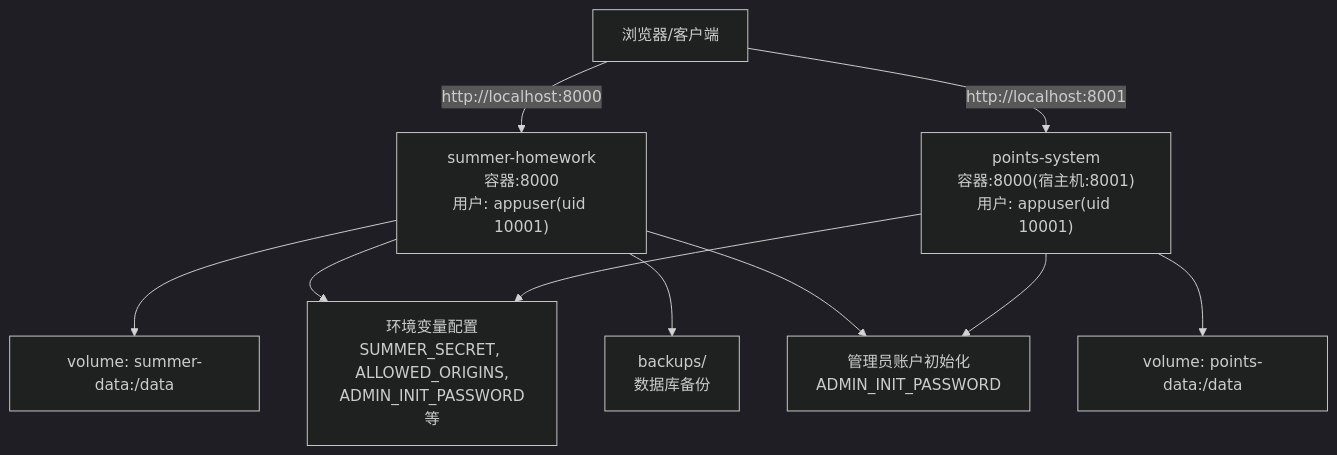
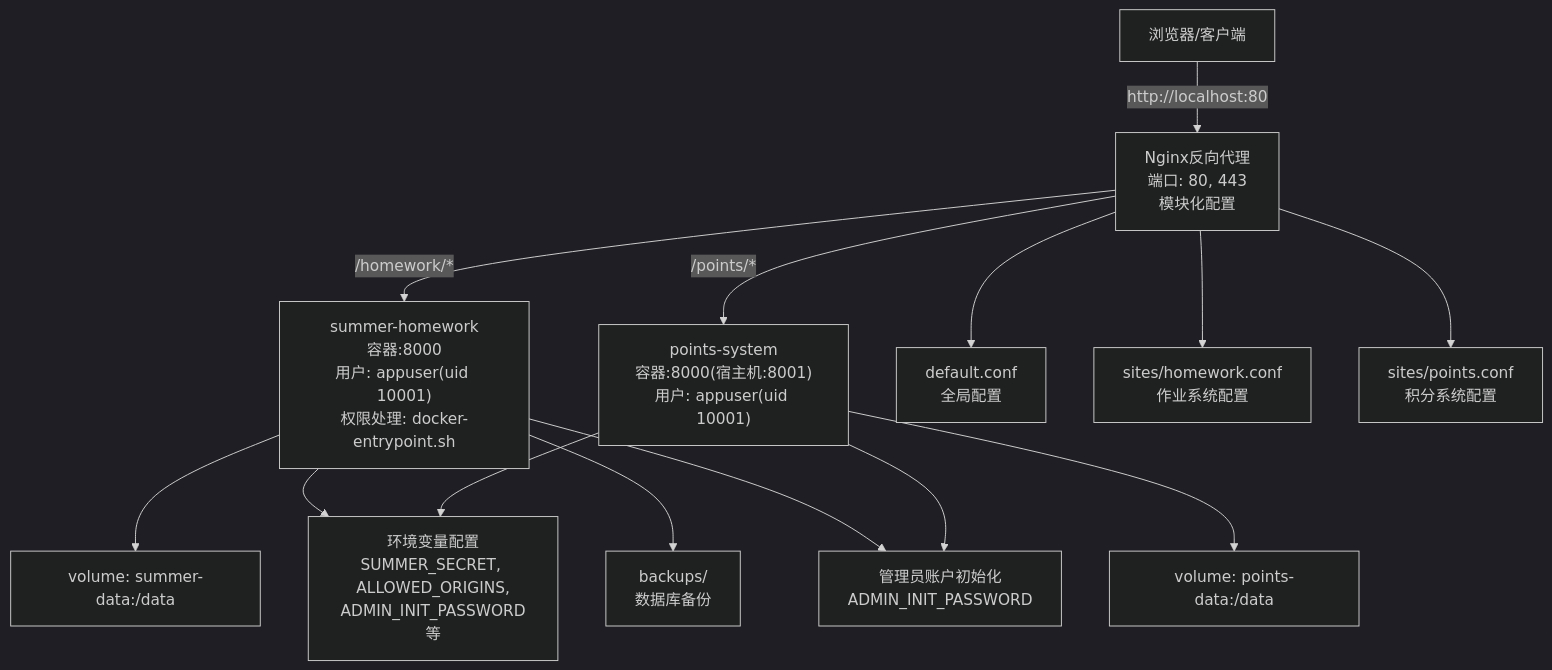
Before and after one commit to onebody/homework: the second of 6 diagrams in .qoder/repowiki/zh/content/部署与运维指南/Docker容器化部署.md, drawn with Mermaid (dark theme). The commit also changed other lines of this file and 6 other files, not shown here.

````diff
--- a/.qoder/repowiki/zh/content/部署与运维指南/Docker容器化部署.md
+++ b/.qoder/repowiki/zh/content/部署与运维指南/Docker容器化部署.md
@@ -154,20 +189,28 @@
 ```mermaid
 graph TB
 Client["浏览器/客户端"]
-SH["summer-homework<br/>容器:8000<br/>用户: appuser(uid 10001)"]
+Nginx["Nginx反向代理<br/>端口: 80, 443<br/>模块化配置"]
+SH["summer-homework<br/>容器:8000<br/>用户: appuser(uid 10001)<br/>权限处理: docker-entrypoint.sh"]
 PS["points-system<br/>容器:8000(宿主机:8001)<br/>用户: appuser(uid 10001)"]
 VolSH["volume: summer-data:/data"]
 VolPS["volume: points-data:/data"]
 EnvVars["环境变量配置<br/>SUMMER_SECRET, ALLOWED_ORIGINS,<br/>ADMIN_INIT_PASSWORD等"]
 BackupDir["backups/<br/>数据库备份"]
 AdminInit["管理员账户初始化<br/>ADMIN_INIT_PASSWORD"]
-Client --> |http://localhost:8000| SH
-Client --> |http://localhost:8001| PS
+DefaultConf["default.conf<br/>全局配置"]
+HomeworkConf["sites/homework.conf<br/>作业系统配置"]
+PointsConf["sites/points.conf<br/>积分系统配置"]
+Client --> |http://localhost:80| Nginx
+Nginx --> |/homework/*| SH
+Nginx --> |/points/*| PS
+Nginx --> DefaultConf
+Nginx --> HomeworkConf
+Nginx --> PointsConf
 SH --> VolSH
 PS --> VolPS
 SH --> EnvVars
 PS --> EnvVars
 SH --> BackupDir
 SH --> AdminInit
 PS --> AdminInit
 ```
````
